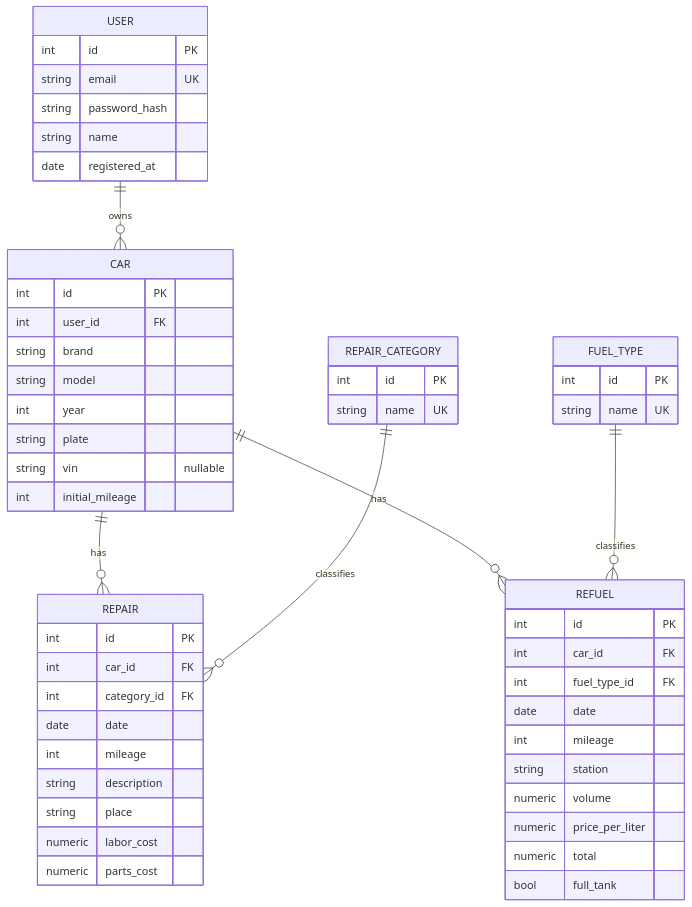
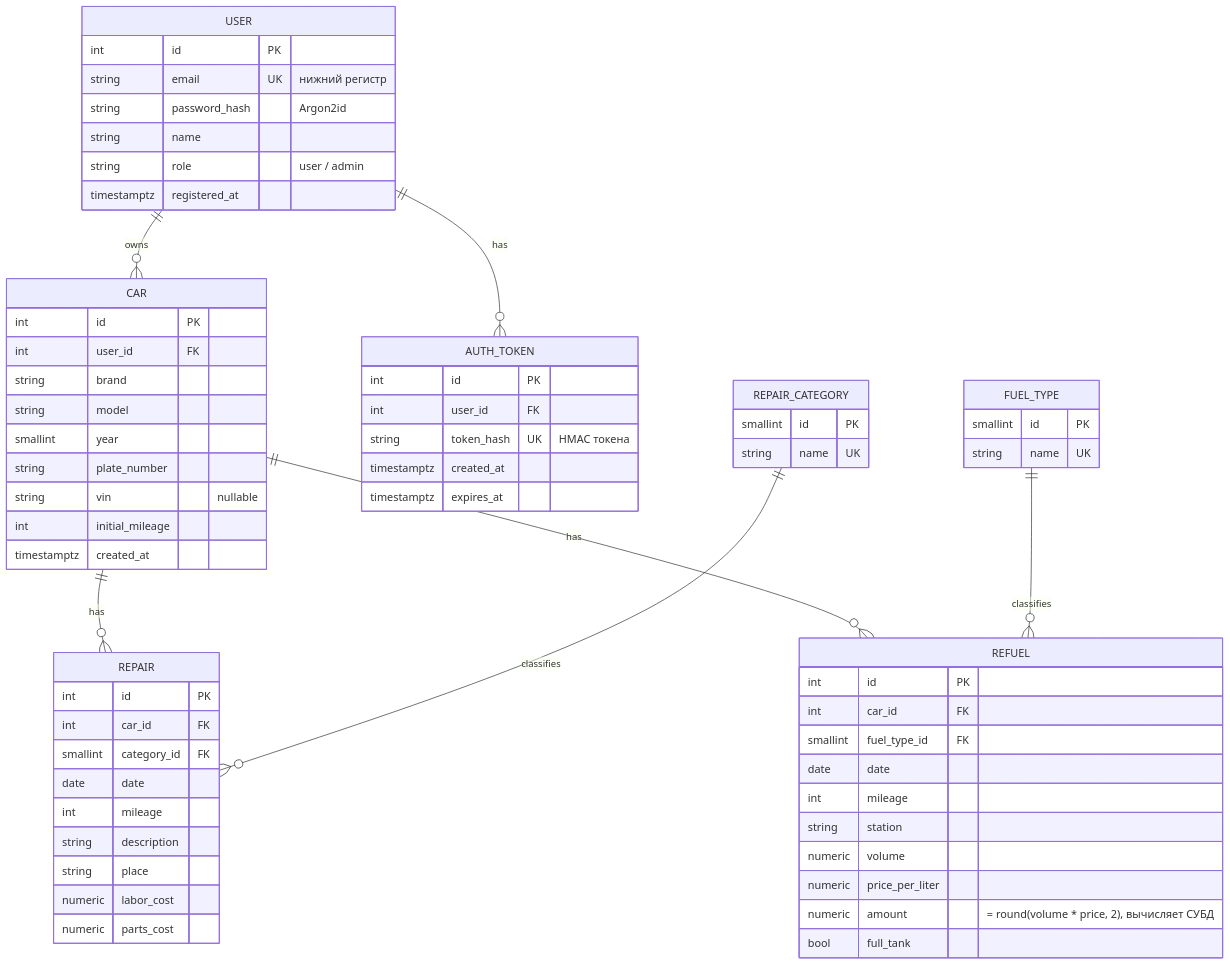
One commit to Maslo1911/moe-auto changed the diagram in README.md. Above: the diagram before and after it, drawn with Mermaid. The commit also changed other lines of this file and 3 other files, not shown here.

````diff
--- a/README.md
+++ b/README.md
@@ -71,57 +190,67 @@
 ```mermaid
 erDiagram
     USER ||--o{ CAR : owns
+    USER ||--o{ AUTH_TOKEN : has
     CAR ||--o{ REPAIR : has
     CAR ||--o{ REFUEL : has
     REPAIR_CATEGORY ||--o{ REPAIR : classifies
     FUEL_TYPE ||--o{ REFUEL : classifies
 
     USER {
         int id PK
-        string email UK
-        string password_hash
+        string email UK "нижний регистр"
+        string password_hash "Argon2id"
         string name
-        date registered_at
+        string role "user / admin"
+        timestamptz registered_at
+    }
+    AUTH_TOKEN {
+        int id PK
+        int user_id FK
+        string token_hash UK "HMAC токена"
+        timestamptz created_at
+        timestamptz expires_at
     }
     CAR {
         int id PK
         int user_id FK
         string brand
         string model
-        int year
-        string plate
+        smallint year
+        string plate_number
         string vin "nullable"
         int initial_mileage
+        timestamptz created_at
     }
     REPAIR {
         int id PK
         int car_id FK
-        int category_id FK
+        smallint category_id FK
         date date
         int mileage
         string description
         string place
         numeric labor_cost
         numeric parts_cost
     }
     REFUEL {
         int id PK
         int car_id FK
-        int fuel_type_id FK
+        smallint fuel_type_id FK
         date date
         int mileage
         string station
         numeric volume
         numeric price_per_liter
-        numeric total
+        numeric amount "= round(volume * price, 2), вычисляет СУБД"
         bool full_tank
     }
     REPAIR_CATEGORY {
-        int id PK
+        smallint id PK
         string name UK
     }
     FUEL_TYPE {
-        int id PK
+        smallint id PK
         string name UK
     }
 ```
````
